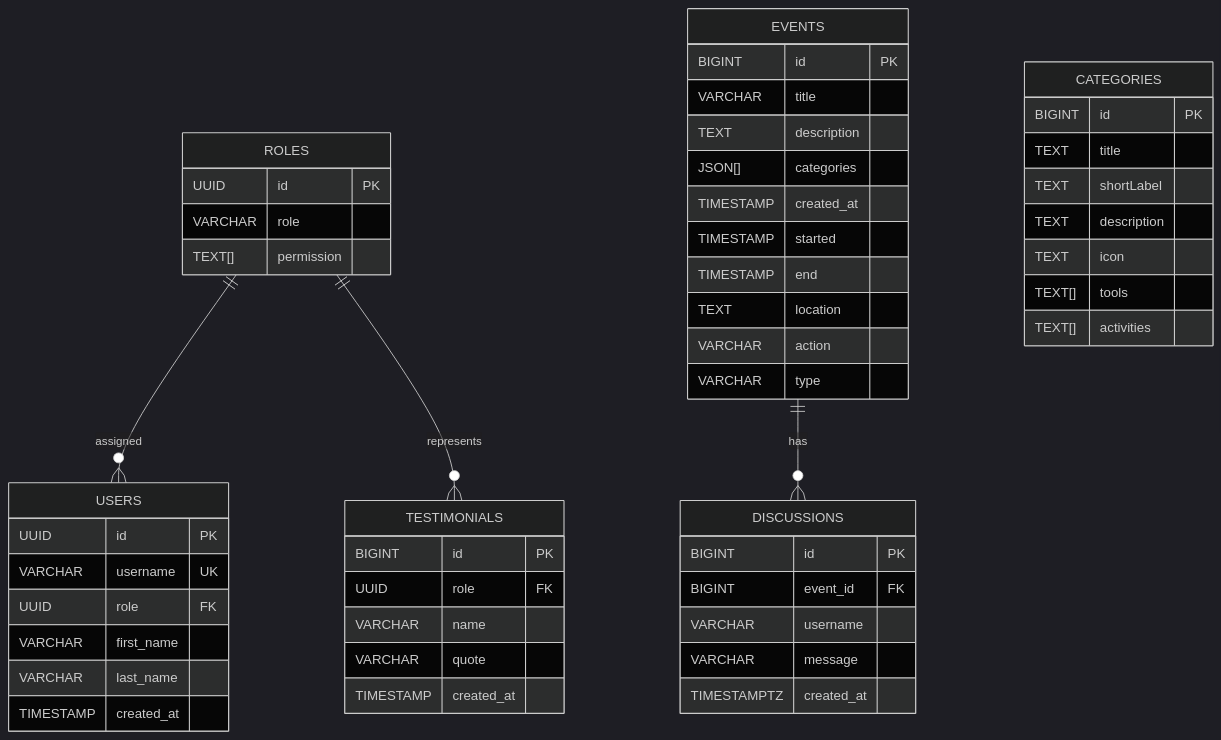
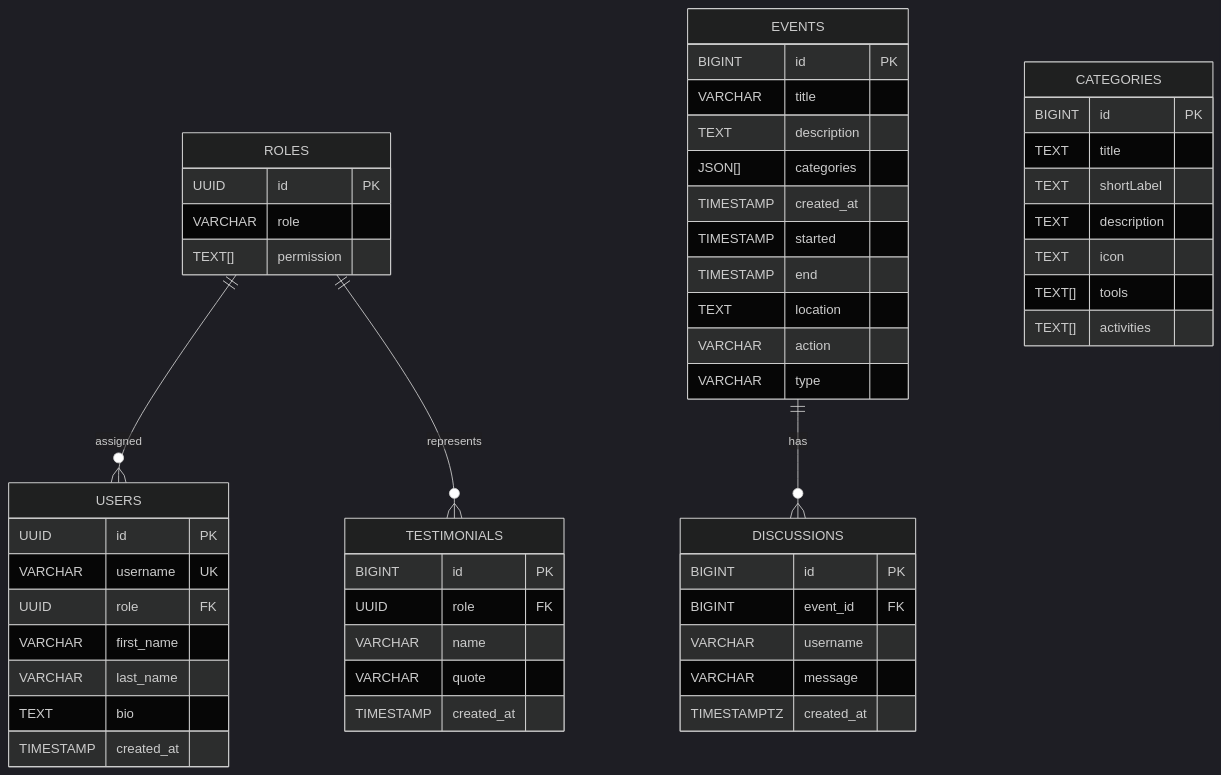
Before and after one commit to RyannKim327/org-portfolio: the diagram in README.md, drawn with Mermaid (dark theme). The commit also changed other lines of this file, not shown here.

Commit message:
docs: update diagram added bio

````diff
--- a/README.md
+++ b/README.md
@@ -160,60 +161,61 @@
 ```mermaid
 erDiagram
     ROLES {
         UUID id PK
         VARCHAR role
         TEXT[] permission
     } 
 
     USERS {
         UUID id PK
         VARCHAR username UK
         UUID role FK
         VARCHAR first_name
         VARCHAR last_name
+        TEXT bio
         TIMESTAMP created_at
     }
 
     TESTIMONIALS {
         BIGINT id PK
         UUID role FK
         VARCHAR name
         VARCHAR quote
         TIMESTAMP created_at
     }
 
     EVENTS {
         BIGINT id PK
         VARCHAR title
         TEXT description
         JSON[] categories
         TIMESTAMP created_at
         TIMESTAMP started
         TIMESTAMP end
         TEXT location
         VARCHAR action
         VARCHAR type
     }
 
     CATEGORIES {
         BIGINT id PK
         TEXT title
         TEXT shortLabel
         TEXT description
         TEXT icon
         TEXT[] tools
         TEXT[] activities
     }
     
     DISCUSSIONS {
         BIGINT id PK
         BIGINT event_id FK
         VARCHAR username
         VARCHAR message
         TIMESTAMPTZ created_at
     }    
     
     ROLES ||--o{ USERS : "assigned"
     ROLES ||--o{ TESTIMONIALS : "represents"
     EVENTS ||--o{ DISCUSSIONS : "has"
 ```
````
